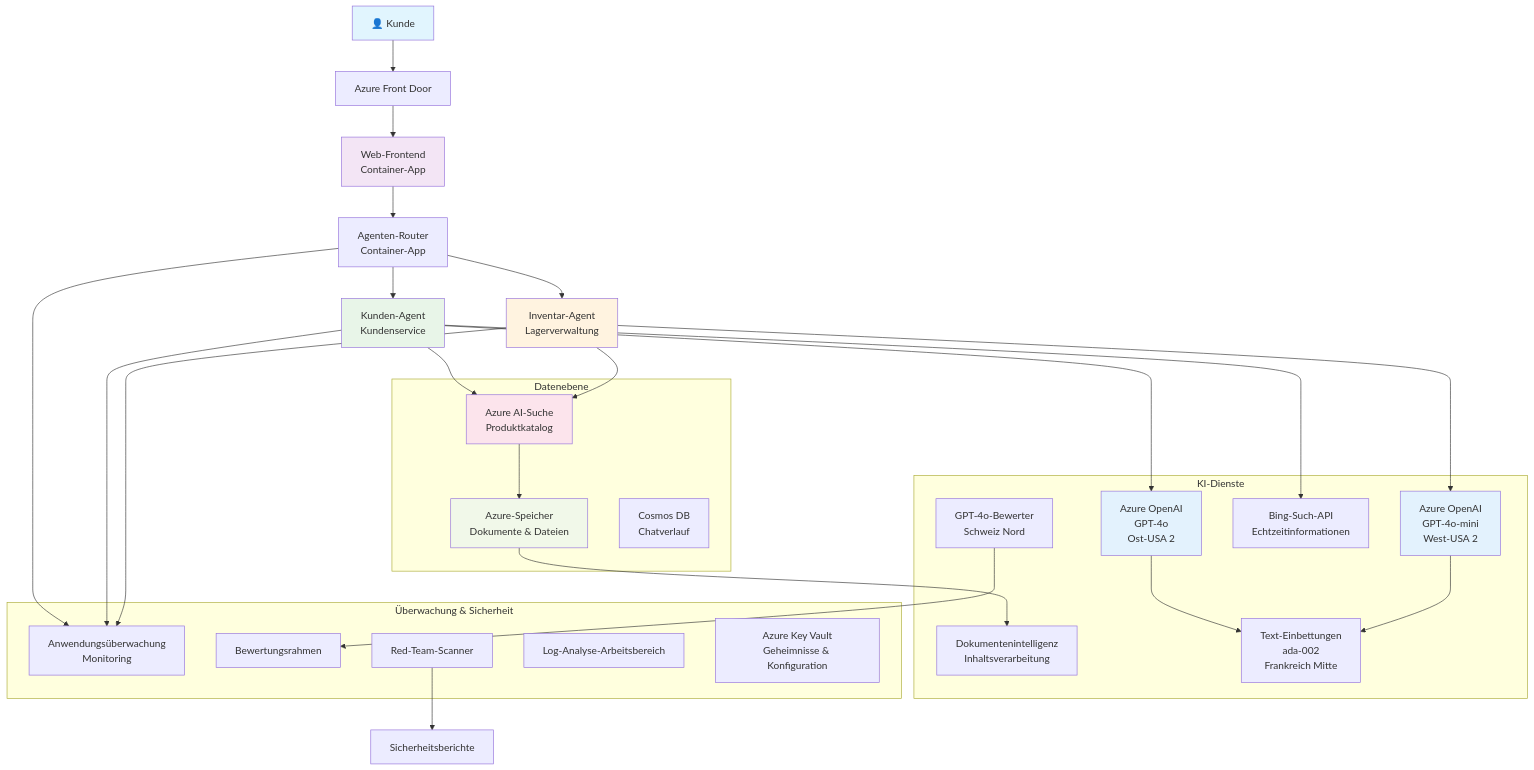
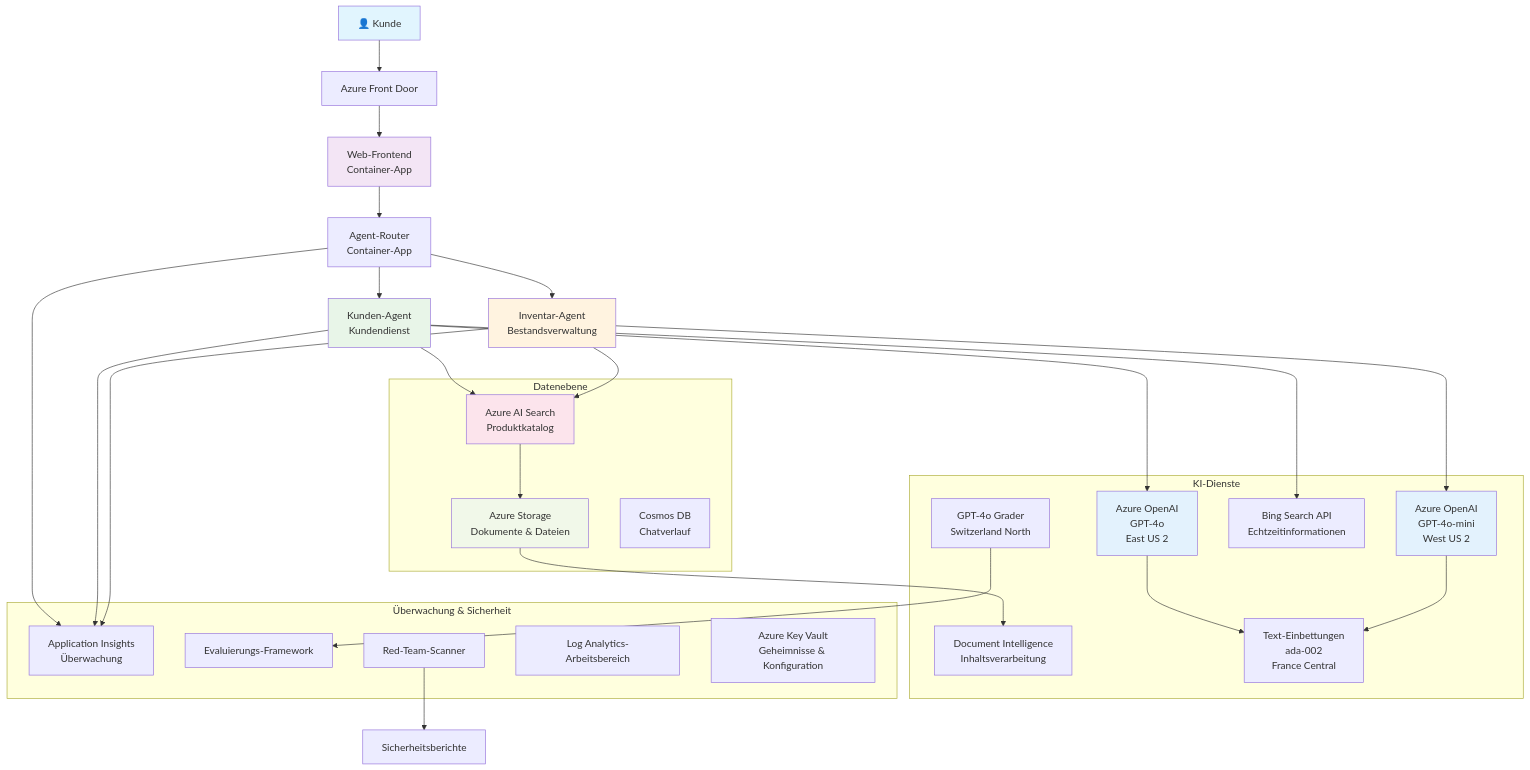
The diagram in translations/de/examples/retail-scenario.md (microsoft/AZD-for-beginners), drawn with Mermaid before and after one commit. The commit also changed other lines of this file and 242 other files, not shown here.

````diff
--- a/translations/de/examples/retail-scenario.md
+++ b/translations/de/examples/retail-scenario.md
@@ -148,61 +139,61 @@
 ```mermaid
 graph TB
     User[👤 Kunde] --> LB[Azure Front Door]
     LB --> WebApp[Web-Frontend<br/>Container-App]
     
-    WebApp --> Router[Agenten-Router<br/>Container-App]
-    Router --> CustomerAgent[Kunden-Agent<br/>Kundenservice]
-    Router --> InvAgent[Inventar-Agent<br/>Lagerverwaltung]
+    WebApp --> Router[Agent-Router<br/>Container-App]
+    Router --> CustomerAgent[Kunden-Agent<br/>Kundendienst]
+    Router --> InvAgent[Inventar-Agent<br/>Bestandsverwaltung]
     
-    CustomerAgent --> OpenAI1[Azure OpenAI<br/>GPT-4o<br/>Ost-USA 2]
-    InvAgent --> OpenAI2[Azure OpenAI<br/>GPT-4o-mini<br/>West-USA 2]
+    CustomerAgent --> OpenAI1[Azure OpenAI<br/>GPT-4o<br/>East US 2]
+    InvAgent --> OpenAI2[Azure OpenAI<br/>GPT-4o-mini<br/>West US 2]
     
-    CustomerAgent --> AISearch[Azure AI-Suche<br/>Produktkatalog]
-    CustomerAgent --> BingSearch[Bing-Such-API<br/>Echtzeitinformationen]
+    CustomerAgent --> AISearch[Azure AI Search<br/>Produktkatalog]
+    CustomerAgent --> BingSearch[Bing Search API<br/>Echtzeitinformationen]
     InvAgent --> AISearch
     
-    AISearch --> Storage[Azure-Speicher<br/>Dokumente & Dateien]
-    Storage --> DocIntel[Dokumentenintelligenz<br/>Inhaltsverarbeitung]
+    AISearch --> Storage[Azure Storage<br/>Dokumente & Dateien]
+    Storage --> DocIntel[Document Intelligence<br/>Inhaltsverarbeitung]
     
-    OpenAI1 --> Embeddings[Text-Einbettungen<br/>ada-002<br/>Frankreich Mitte]
+    OpenAI1 --> Embeddings[Text-Einbettungen<br/>ada-002<br/>France Central]
     OpenAI2 --> Embeddings
     
-    Router --> AppInsights[Anwendungsüberwachung<br/>Monitoring]
+    Router --> AppInsights[Application Insights<br/>Überwachung]
     CustomerAgent --> AppInsights
     InvAgent --> AppInsights
     
-    GraderModel[GPT-4o-Bewerter<br/>Schweiz Nord] --> Evaluation[Bewertungsrahmen]
+    GraderModel[GPT-4o Grader<br/>Switzerland North] --> Evaluation[Evaluierungs-Framework]
     RedTeam[Red-Team-Scanner] --> SecurityReports[Sicherheitsberichte]
     
     subgraph "Datenebene"
         Storage
         AISearch
         CosmosDB[Cosmos DB<br/>Chatverlauf]
     end
     
     subgraph "KI-Dienste"
         OpenAI1
         OpenAI2
         Embeddings
         GraderModel
         DocIntel
         BingSearch
     end
     
     subgraph "Überwachung & Sicherheit"
         AppInsights
-        LogAnalytics[Log-Analyse-Arbeitsbereich]
+        LogAnalytics[Log Analytics-Arbeitsbereich]
         KeyVault[Azure Key Vault<br/>Geheimnisse & Konfiguration]
         RedTeam
         Evaluation
     end
     
     style User fill:#e1f5fe
     style WebApp fill:#f3e5f5
     style CustomerAgent fill:#e8f5e8
     style InvAgent fill:#fff3e0
     style OpenAI1 fill:#e3f2fd
     style OpenAI2 fill:#e3f2fd
     style AISearch fill:#fce4ec
     style Storage fill:#f1f8e9
 ```
````
